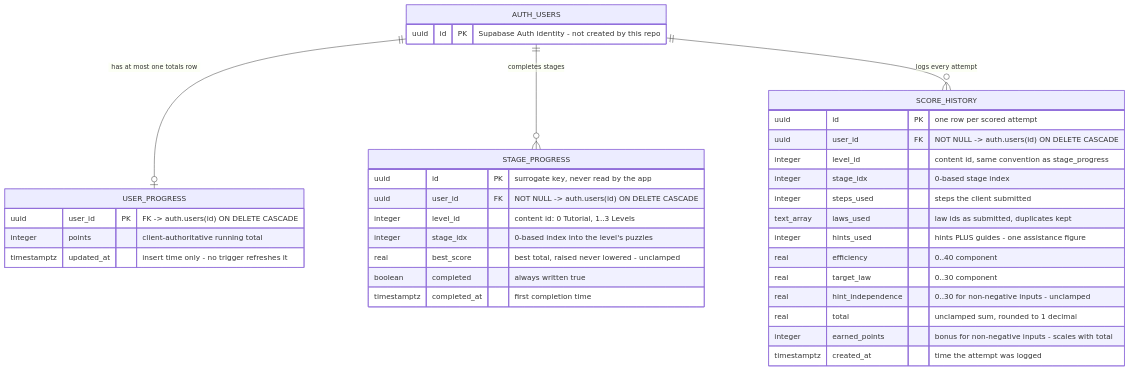
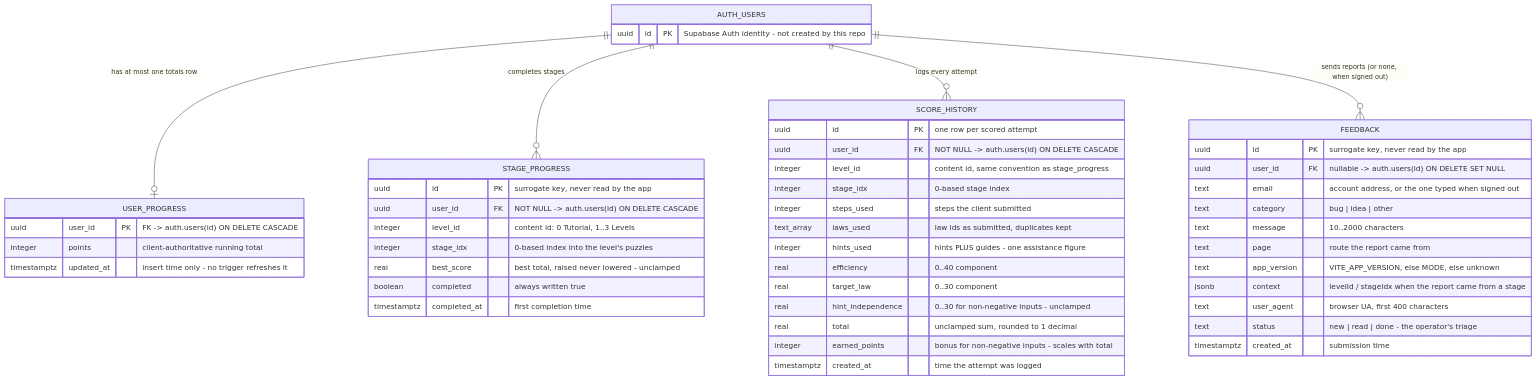
One commit to Freezeh11/Praxis changed the first of 2 diagrams in docs/03-database/ERD.md. Above: the diagram before and after it, drawn with Mermaid. The commit also changed other lines of this file and 15 other files, not shown here.

````diff
--- a/docs/03-database/ERD.md
+++ b/docs/03-database/ERD.md
@@ -28,44 +29,60 @@
 ```mermaid
 erDiagram
     %% auth.users is created and owned by Supabase Auth (auth schema).
-    %% The other three entities are the only tables this repository creates.
+    %% USER_PROGRESS / STAGE_PROGRESS / SCORE_HISTORY / FEEDBACK are the only tables this
+    %% repository creates.
     AUTH_USERS ||--o| USER_PROGRESS : "has at most one totals row"
     AUTH_USERS ||--o{ STAGE_PROGRESS : "completes stages"
     AUTH_USERS ||--o{ SCORE_HISTORY : "logs every attempt"
+    AUTH_USERS ||--o{ FEEDBACK : "sends reports (or none, when signed out)"
 
     AUTH_USERS {
         uuid id PK "Supabase Auth identity - not created by this repo"
     }
 
     USER_PROGRESS {
         uuid user_id PK "FK -> auth.users(id) ON DELETE CASCADE"
         integer points "client-authoritative running total"
         timestamptz updated_at "insert time only - no trigger refreshes it"
     }
 
     STAGE_PROGRESS {
         uuid id PK "surrogate key, never read by the app"
         uuid user_id FK "NOT NULL -> auth.users(id) ON DELETE CASCADE"
         integer level_id "content id: 0 Tutorial, 1..3 Levels"
         integer stage_idx "0-based index into the level's puzzles"
         real best_score "best total, raised never lowered - unclamped"
         boolean completed "always written true"
         timestamptz completed_at "first completion time"
     }
 
     SCORE_HISTORY {
         uuid id PK "one row per scored attempt"
         uuid user_id FK "NOT NULL -> auth.users(id) ON DELETE CASCADE"
         integer level_id "content id, same convention as stage_progress"
         integer stage_idx "0-based stage index"
         integer steps_used "steps the client submitted"
         text_array laws_used "law ids as submitted, duplicates kept"
         integer hints_used "hints PLUS guides - one assistance figure"
         real efficiency "0..40 component"
         real target_law "0..30 component"
         real hint_independence "0..30 for non-negative inputs - unclamped"
         real total "unclamped sum, rounded to 1 decimal"
         integer earned_points "bonus for non-negative inputs - scales with total"
         timestamptz created_at "time the attempt was logged"
     }
+
+    FEEDBACK {
+        uuid id PK "surrogate key, never read by the app"
+        uuid user_id FK "nullable -> auth.users(id) ON DELETE SET NULL"
+        text email "account address, or the one typed when signed out"
+        text category "bug | idea | other"
+        text message "10..2000 characters"
+        text page "route the report came from"
+        text app_version "VITE_APP_VERSION, else MODE, else unknown"
+        jsonb context "levelId / stageIdx when the report came from a stage"
+        text user_agent "browser UA, first 400 characters"
+        text status "new | read | done - the operator's triage"
+        timestamptz created_at "submission time"
+    }
 ```
````
